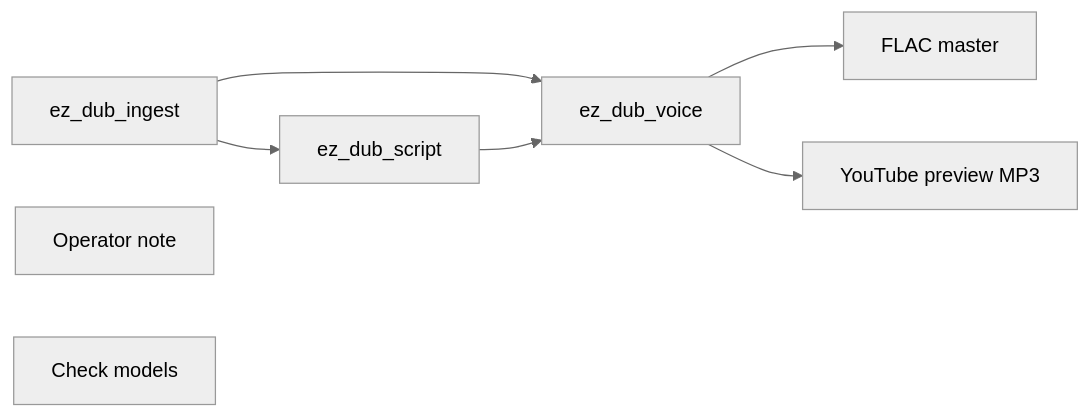
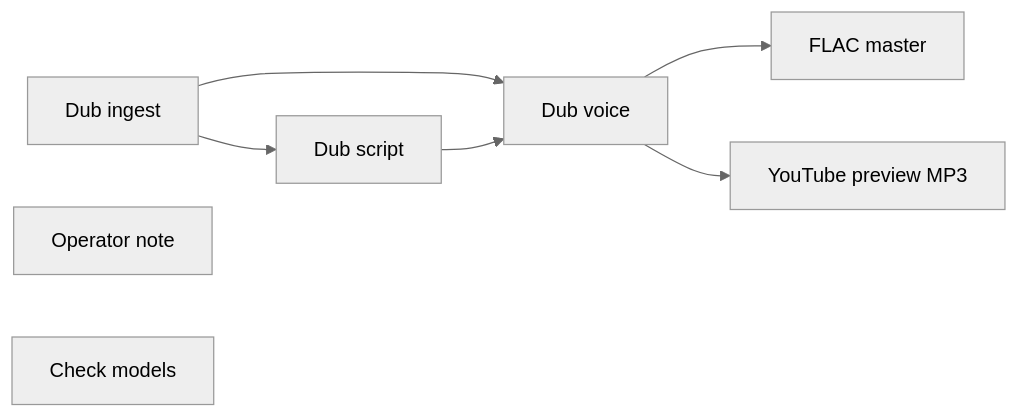
Before and after one commit to toxicoder/ez-comfy-stack: the diagram in docs/generated/workflows/audio/dub/clone-translate.md, drawn with Mermaid (neutral theme). The commit also changed other lines of this file and 13 other files, not shown here.

First line of the commit message:
fix: keep graph slugs off the podcast and dub canvas

````diff
--- a/docs/generated/workflows/audio/dub/clone-translate.md
+++ b/docs/generated/workflows/audio/dub/clone-translate.md
@@ -61,15 +61,15 @@
 ```mermaid
 flowchart LR
-  N1["ez_dub_ingest"]
-  N2["ez_dub_script"]
-  N3["ez_dub_voice"]
+  N1["Dub ingest"]
+  N2["Dub script"]
+  N3["Dub voice"]
   N4["FLAC master"]
   N5["YouTube preview MP3"]
   N6["Operator note"]
   N8["Check models"]
   N1 --> N2
   N1 --> N3
   N2 --> N3
   N3 --> N4
   N3 --> N5
 ```
````
